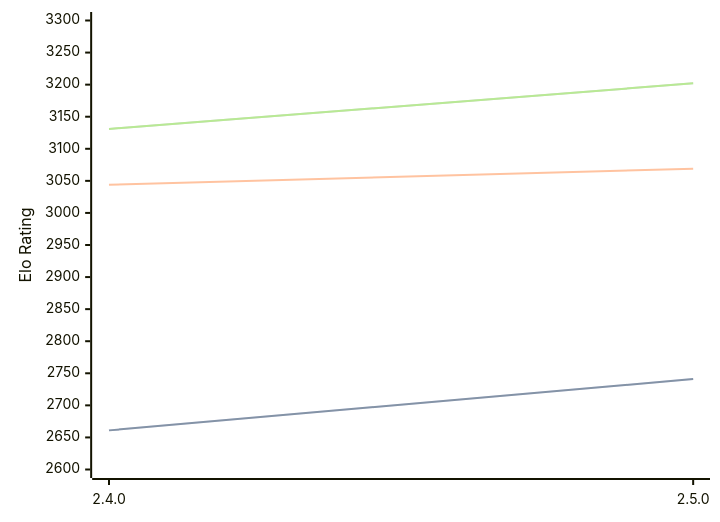
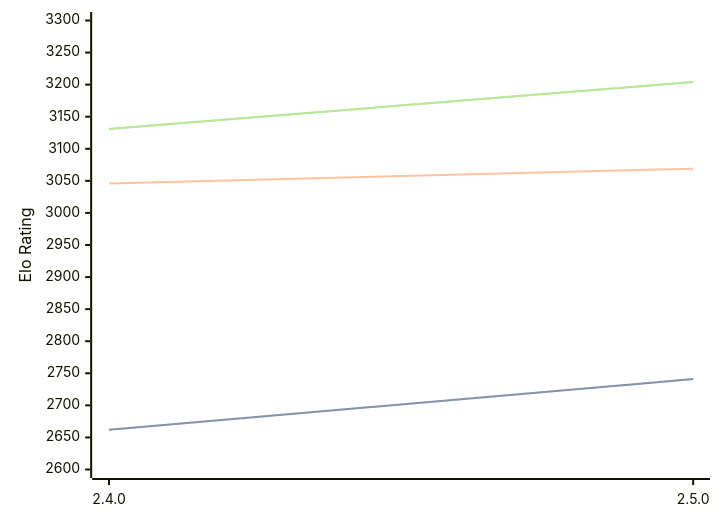
Before and after one commit to computer-chess-index/cci: the diagram in engines/Sturddle2.md, drawn with Mermaid. The commit also changed other lines of this file, not shown here.

Commit message:
Update CCI Ratings (ELO VLTC) - 2026-04-22

````diff
--- a/engines/Sturddle2.md
+++ b/engines/Sturddle2.md
@@ -37,11 +37,11 @@
 ```mermaid
 %%{init: {"theme":"base","themeVariables":{"seriesColors:['#a3a3a3','#222221','#faa371']}}}%%
 xychart-beta
   x-axis ["2.4.0", "2.5.0"]
   y-axis "Elo Rating" 2600 --> 3300
-  line "STC (8.0+0.08s)" [2661, 2741]
-  line "STC (8.0+0.08s)" [2661, 2741]
-  line "LTC (60.0+0.60s)" [3044, 3069]
-  line "VLTC (2m24s+1.12s)" [3131, 3202]
-  line "VLTC (2m24s+1.12s)" [3131, 3202]
+  line "STC (8.0+0.08s)" [2662, 2741]
+  line "STC (8.0+0.08s)" [2662, 2741]
+  line "LTC (60.0+0.60s)" [3046, 3069]
+  line "VLTC (2m24s+1.12s)" [3131, 3204]
+  line "VLTC (2m24s+1.12s)" [3131, 3204]
 ```
````
